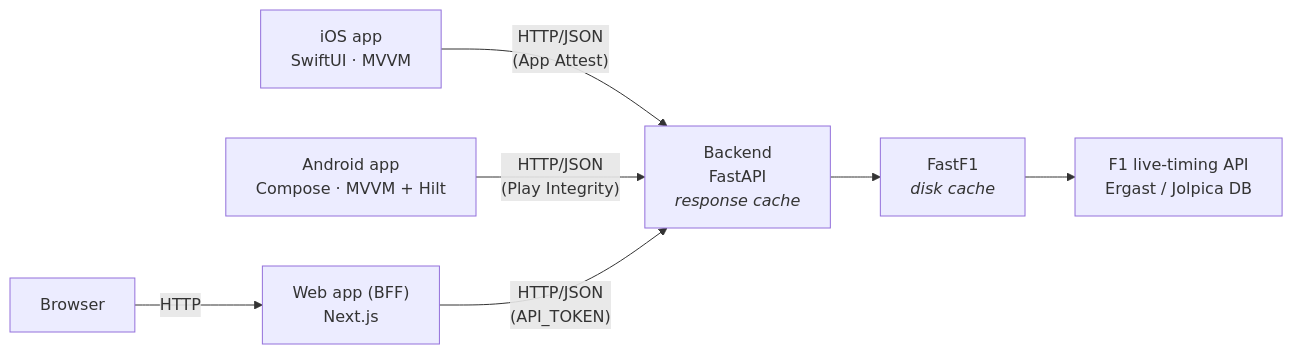
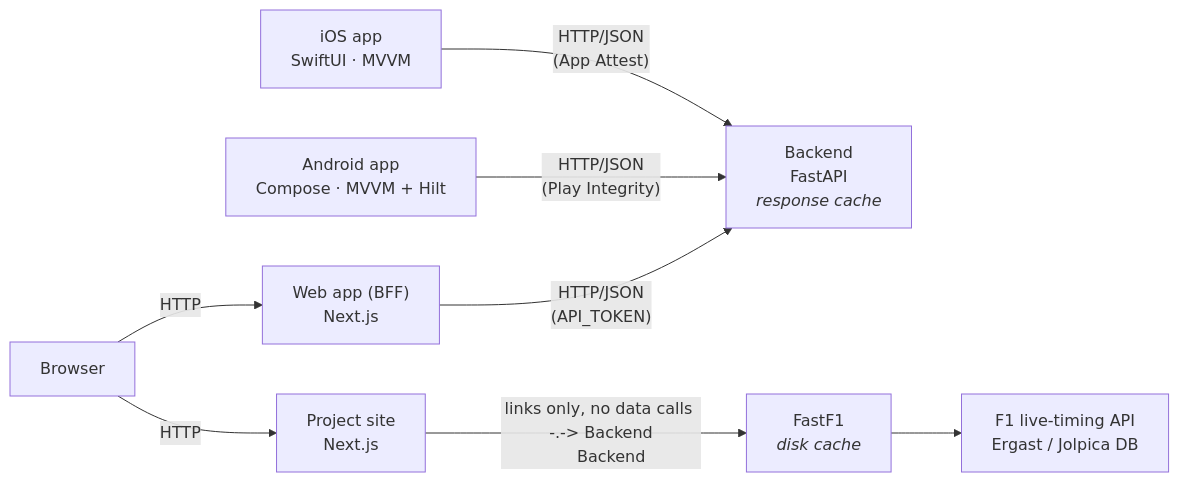
The diagram in README.md (Owl-Media/RaceControl), drawn with Mermaid before and after one commit. The commit also changed other lines of this file and 70 other files, not shown here.

````diff
--- a/README.md
+++ b/README.md
@@ -399,17 +432,20 @@
 ```mermaid
 flowchart LR
     iOS["iOS app<br/>SwiftUI · MVVM"]
     Android["Android app<br/>Compose · MVVM + Hilt"]
     Browser["Browser"]
     Web["Web app (BFF)<br/>Next.js"]
+    Site["Project site<br/>Next.js"]
     Backend["Backend<br/>FastAPI<br/><i>response cache</i>"]
     FastF1["FastF1<br/><i>disk cache</i>"]
     Sources["F1 live-timing API<br/>Ergast / Jolpica DB"]
 
     iOS -- "HTTP/JSON<br/>(App Attest)" --> Backend
     Android -- "HTTP/JSON<br/>(Play Integrity)" --> Backend
     Browser -- HTTP --> Web
+    Browser -- HTTP --> Site
     Web -- "HTTP/JSON<br/>(API_TOKEN)" --> Backend
+    Site -- "links only, no data calls" -.-> Backend
     Backend --> FastF1
     FastF1 --> Sources
 ```
````
